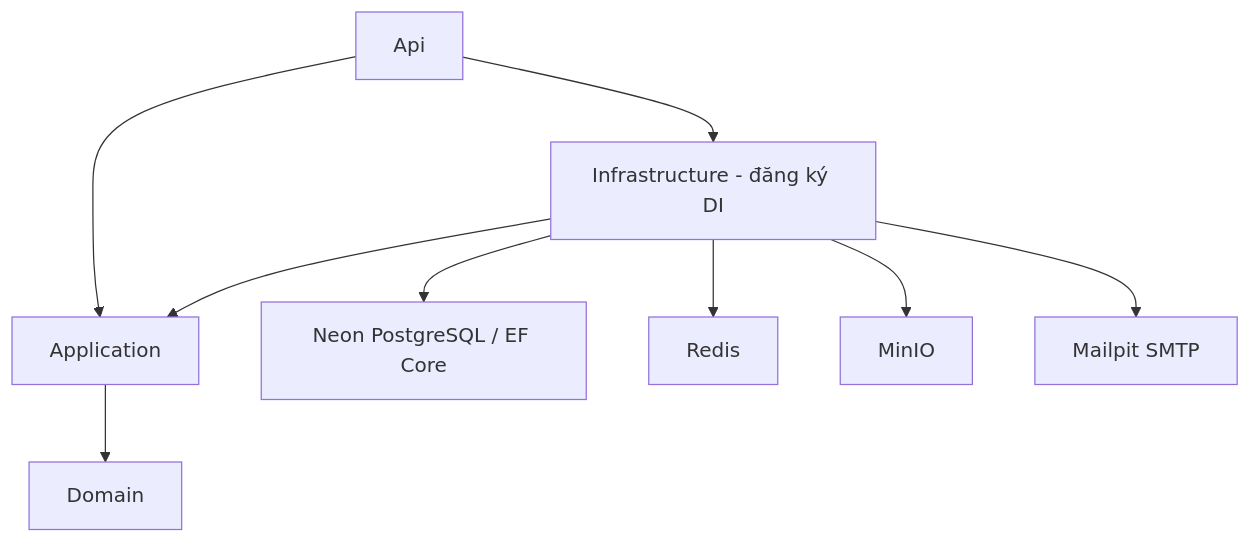
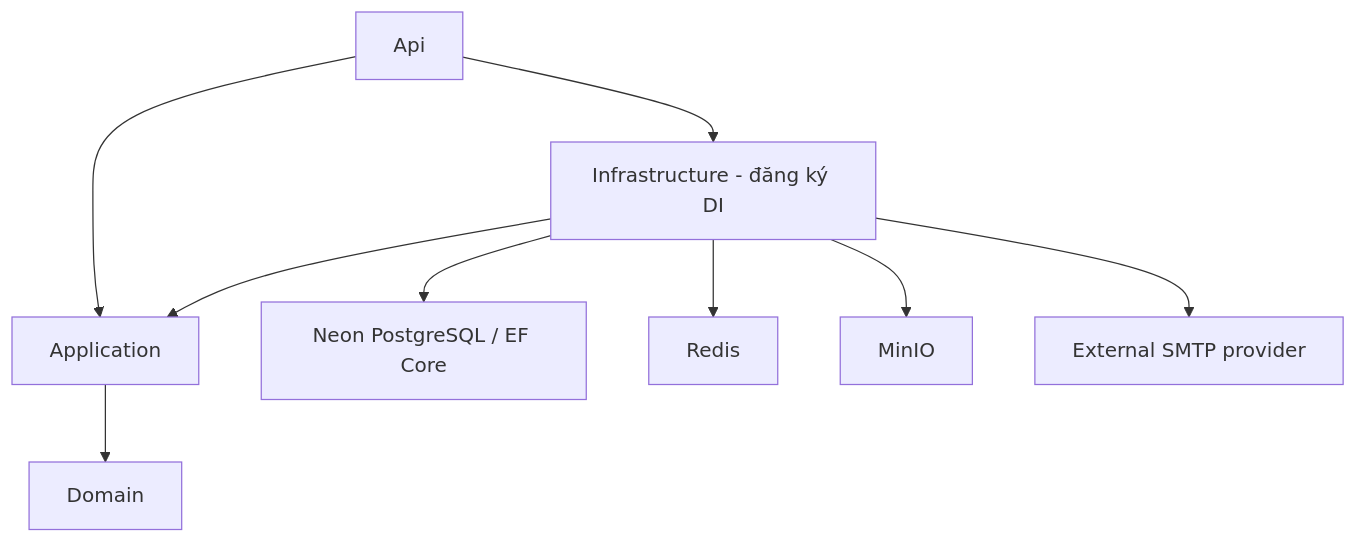
One commit to karasuma-2401/TOEICMaster-BE changed the first of 2 diagrams in docs/architecture.md. Above: the diagram before and after it, drawn with Mermaid. The commit also changed other lines of this file and 50 other files, not shown here.

````diff
--- a/docs/architecture.md
+++ b/docs/architecture.md
@@ -7,11 +7,11 @@
 ```mermaid
 flowchart TD
     API[Api] --> APP[Application]
     API --> INF[Infrastructure - đăng ký DI]
     INF --> APP
     APP --> DOMAIN[Domain]
     INF --> PG[Neon PostgreSQL / EF Core]
     INF --> REDIS[Redis]
     INF --> MINIO[MinIO]
-    INF --> SMTP[Mailpit SMTP]
+    INF --> SMTP[External SMTP provider]
 ```
````
